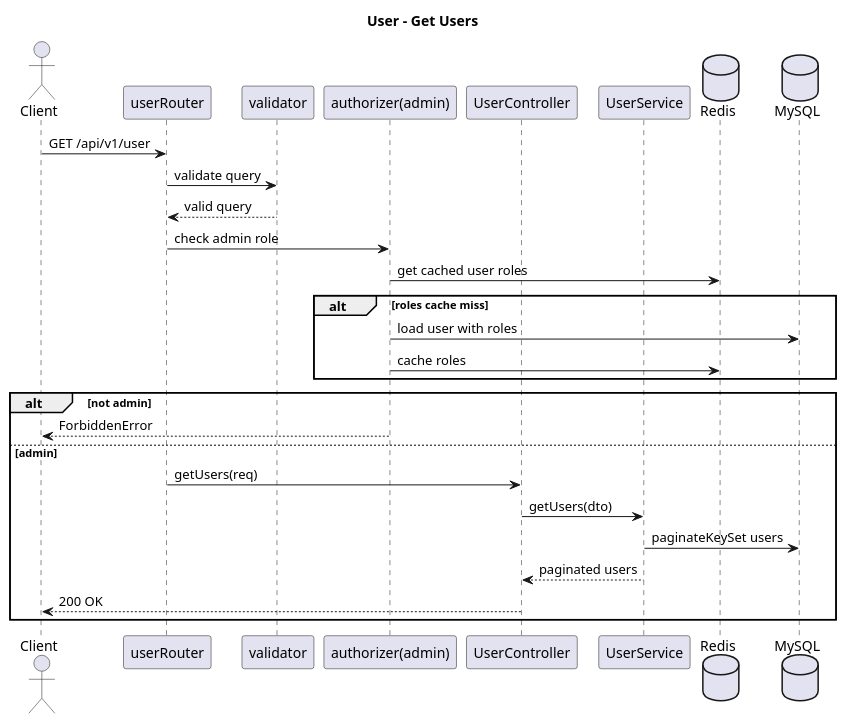
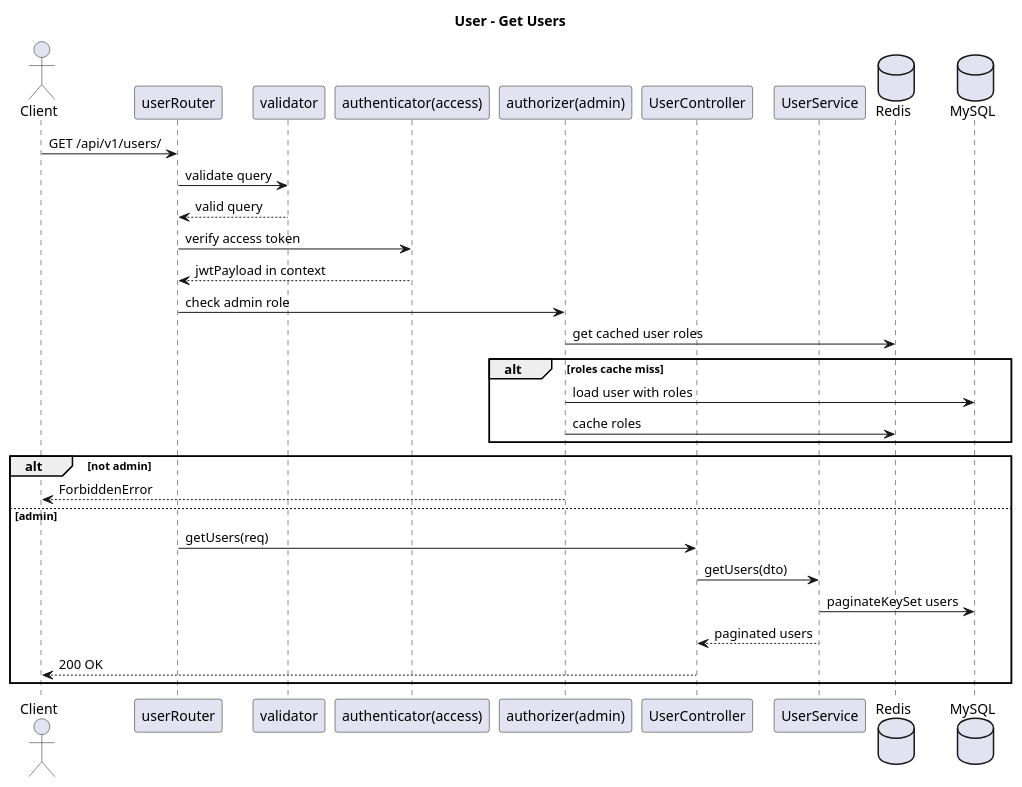
One commit to sy-nt/CNPMM_BE changed the seventh of 9 diagrams in docs/202605061020-auth-user-use-cases.md. Above: the diagram before and after it, drawn with PlantUML. The commit also changed other lines of this file and 9 other files, not shown here.

````diff
--- a/docs/202605061020-auth-user-use-cases.md
+++ b/docs/202605061020-auth-user-use-cases.md
@@ -288,34 +302,37 @@
 ```plantuml
 @startuml
 title User - Get Users
 
 actor Client
 participant "userRouter" as Router
 participant "validator" as Validator
+participant "authenticator(access)" as Authenticator
 participant "authorizer(admin)" as Authorizer
 participant "UserController" as Controller
 participant "UserService" as Service
 database "Redis" as Redis
 database "MySQL" as DB
 
-Client -> Router: GET /api/v1/user
+Client -> Router: GET /api/v1/users/
 Router -> Validator: validate query
 Validator --> Router: valid query
+Router -> Authenticator: verify access token
+Authenticator --> Router: jwtPayload in context
 Router -> Authorizer: check admin role
 Authorizer -> Redis: get cached user roles
 alt roles cache miss
     Authorizer -> DB: load user with roles
     Authorizer -> Redis: cache roles
 end
 alt not admin
     Authorizer --> Client: ForbiddenError
 else admin
     Router -> Controller: getUsers(req)
     Controller -> Service: getUsers(dto)
     Service -> DB: paginateKeySet users
     Service --> Controller: paginated users
     Controller --> Client: 200 OK
 end
 
 @enduml
 ```
````
